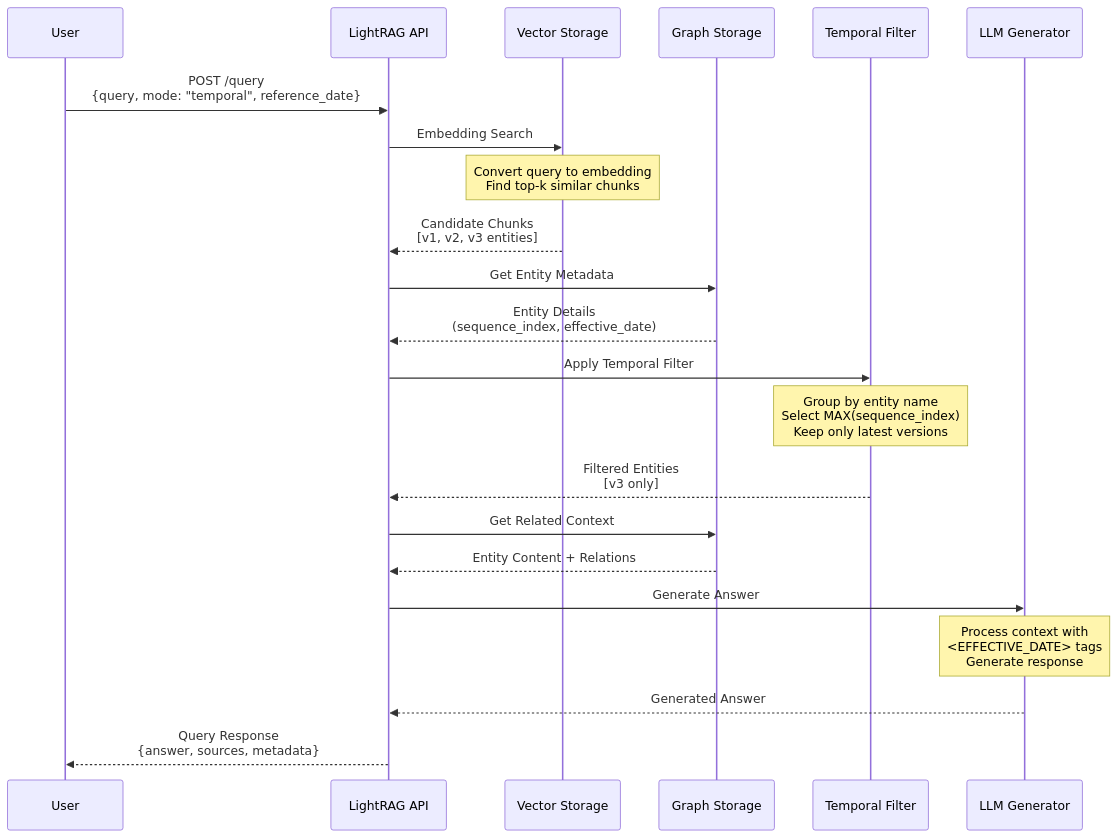
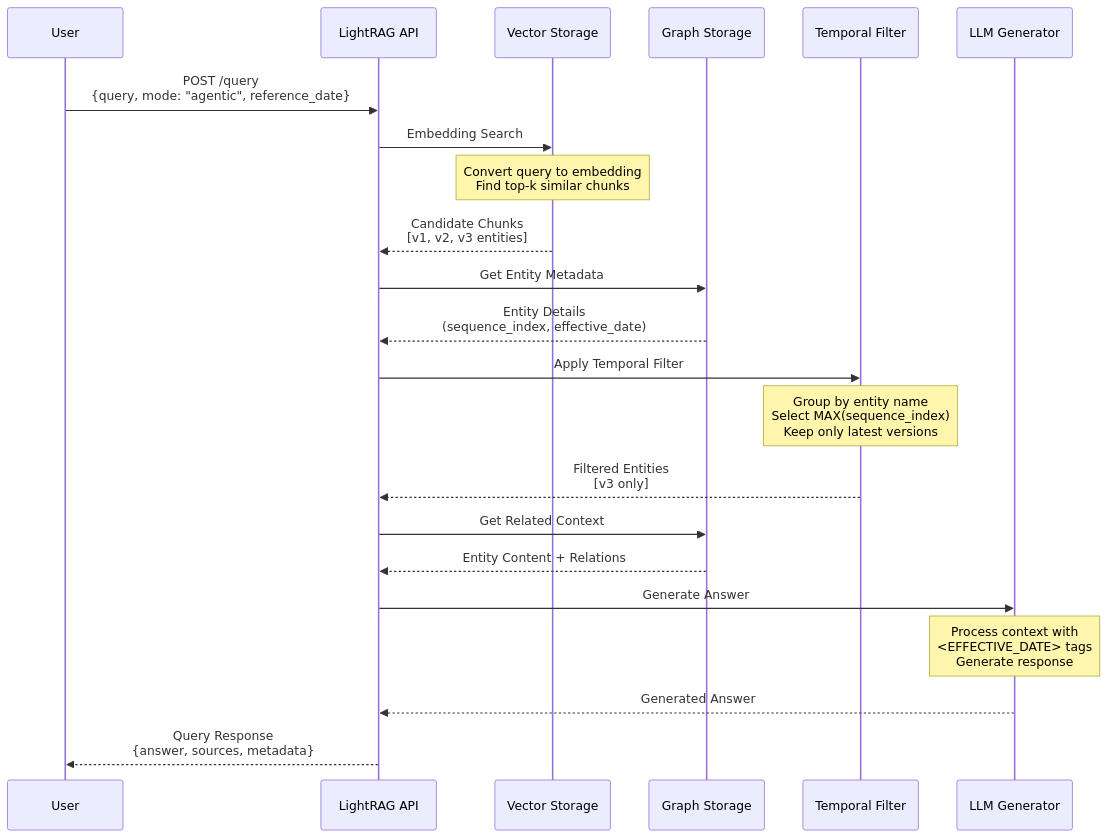
The second of 3 diagrams in docs/ARCHITECTURE.md (parthpatel643/LightRAG), drawn with Mermaid before and after one commit. The commit also changed 25 other files, not shown here.

First line of the commit message:
Refactor query modes from 'temporal' to 'agentic' across the codebase

````diff
--- a/docs/ARCHITECTURE.md
+++ b/docs/ARCHITECTURE.md
@@ -271,30 +271,30 @@
 ```mermaid
 sequenceDiagram
     participant User
     participant API as LightRAG API
     participant Vector as Vector Storage
     participant Graph as Graph Storage
     participant Filter as Temporal Filter
     participant LLM as LLM Generator
     
-    User->>API: POST /query<br/>{query, mode: "temporal", reference_date}
+    User->>API: POST /query<br/>{query, mode: "agentic", reference_date}
     API->>Vector: Embedding Search
     Note over Vector: Convert query to embedding<br/>Find top-k similar chunks
     Vector-->>API: Candidate Chunks<br/>[v1, v2, v3 entities]
     
     API->>Graph: Get Entity Metadata
     Graph-->>API: Entity Details<br/>(sequence_index, effective_date)
     
     API->>Filter: Apply Temporal Filter
     Note over Filter: Group by entity name<br/>Select MAX(sequence_index)<br/>Keep only latest versions
     Filter-->>API: Filtered Entities<br/>[v3 only]
     
     API->>Graph: Get Related Context
     Graph-->>API: Entity Content + Relations
     
     API->>LLM: Generate Answer
     Note over LLM: Process context with<br/><EFFECTIVE_DATE> tags<br/>Generate response
     LLM-->>API: Generated Answer
     
     API-->>User: Query Response<br/>{answer, sources, metadata}
 ```
````
